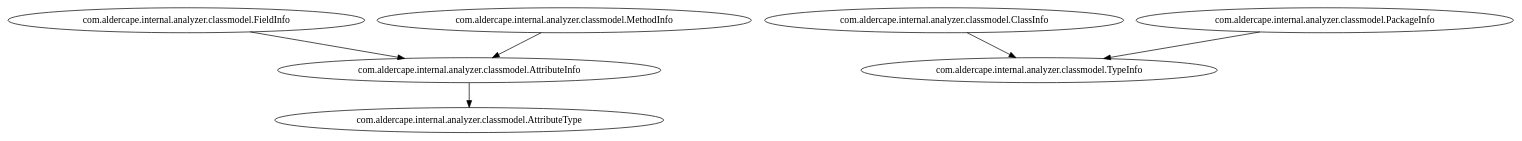
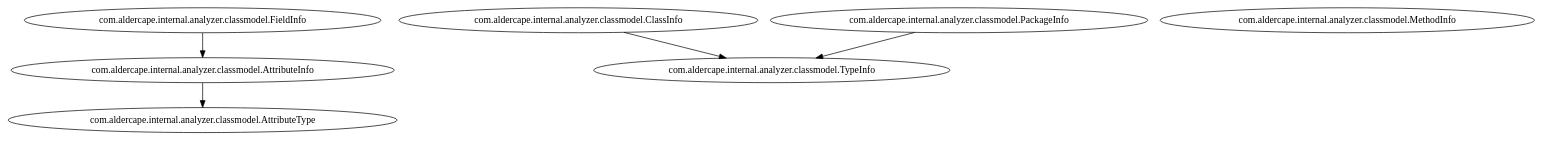
Before and after one commit to AlderCape/Analyzer: the diagram in com.aldercape.internal.analyzer.classmodel.dot, drawn with Graphviz. The commit also changed 21 other files, not shown here.

```diff
--- a/com.aldercape.internal.analyzer.classmodel.dot
+++ b/com.aldercape.internal.analyzer.classmodel.dot
@@ -1,14 +1,13 @@
 digraph G {
 "com.aldercape.internal.analyzer.classmodel.AttributeInfo" [label="com.aldercape.internal.analyzer.classmodel.AttributeInfo"];
 "com.aldercape.internal.analyzer.classmodel.AttributeType" [label="com.aldercape.internal.analyzer.classmodel.AttributeType"];
 "com.aldercape.internal.analyzer.classmodel.ClassInfo" [label="com.aldercape.internal.analyzer.classmodel.ClassInfo"];
 "com.aldercape.internal.analyzer.classmodel.FieldInfo" [label="com.aldercape.internal.analyzer.classmodel.FieldInfo"];
 "com.aldercape.internal.analyzer.classmodel.MethodInfo" [label="com.aldercape.internal.analyzer.classmodel.MethodInfo"];
 "com.aldercape.internal.analyzer.classmodel.PackageInfo" [label="com.aldercape.internal.analyzer.classmodel.PackageInfo"];
 "com.aldercape.internal.analyzer.classmodel.TypeInfo" [label="com.aldercape.internal.analyzer.classmodel.TypeInfo"];
 "com.aldercape.internal.analyzer.classmodel.AttributeInfo" -> "com.aldercape.internal.analyzer.classmodel.AttributeType";
 "com.aldercape.internal.analyzer.classmodel.ClassInfo" -> "com.aldercape.internal.analyzer.classmodel.TypeInfo";
 "com.aldercape.internal.analyzer.classmodel.FieldInfo" -> "com.aldercape.internal.analyzer.classmodel.AttributeInfo";
-"com.aldercape.internal.analyzer.classmodel.MethodInfo" -> "com.aldercape.internal.analyzer.classmodel.AttributeInfo";
 "com.aldercape.internal.analyzer.classmodel.PackageInfo" -> "com.aldercape.internal.analyzer.classmodel.TypeInfo";
 }
```
